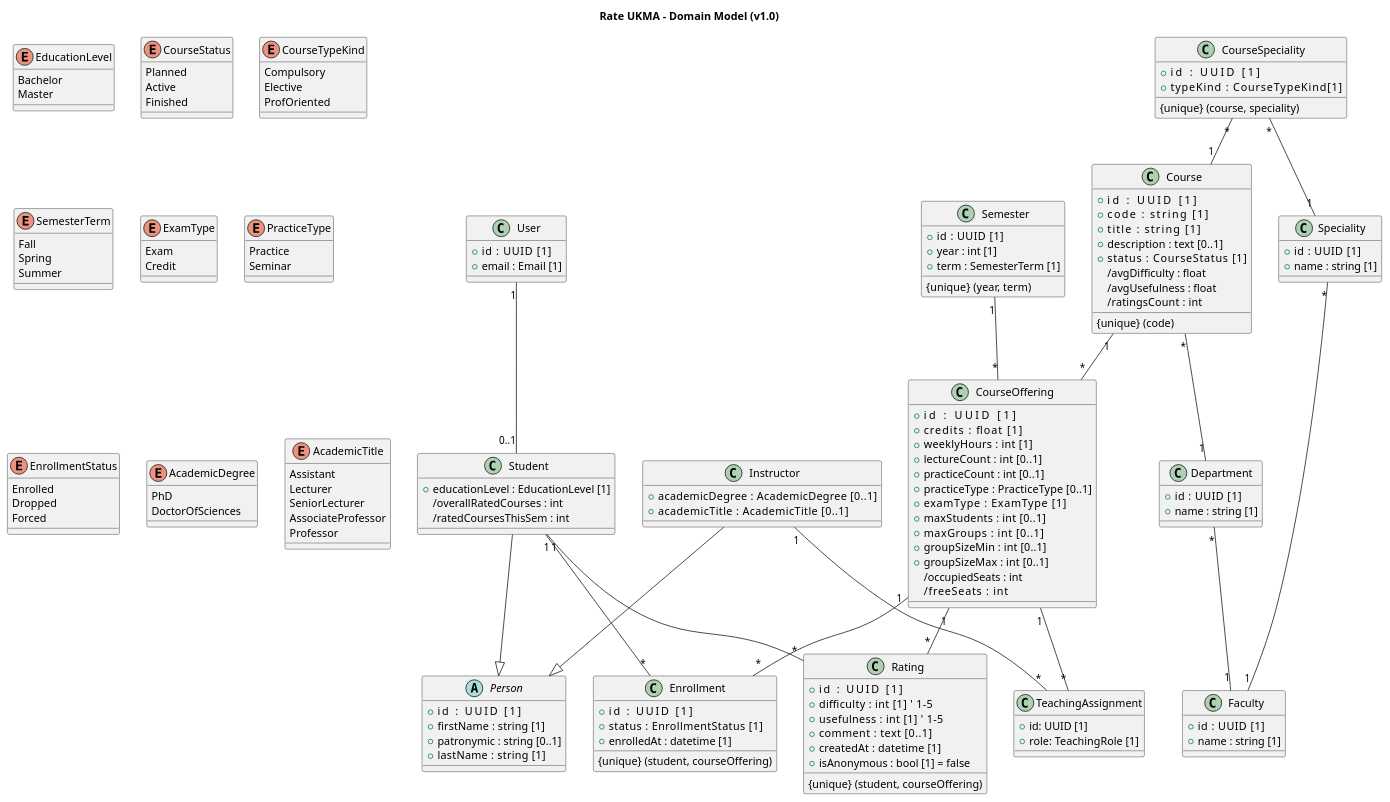
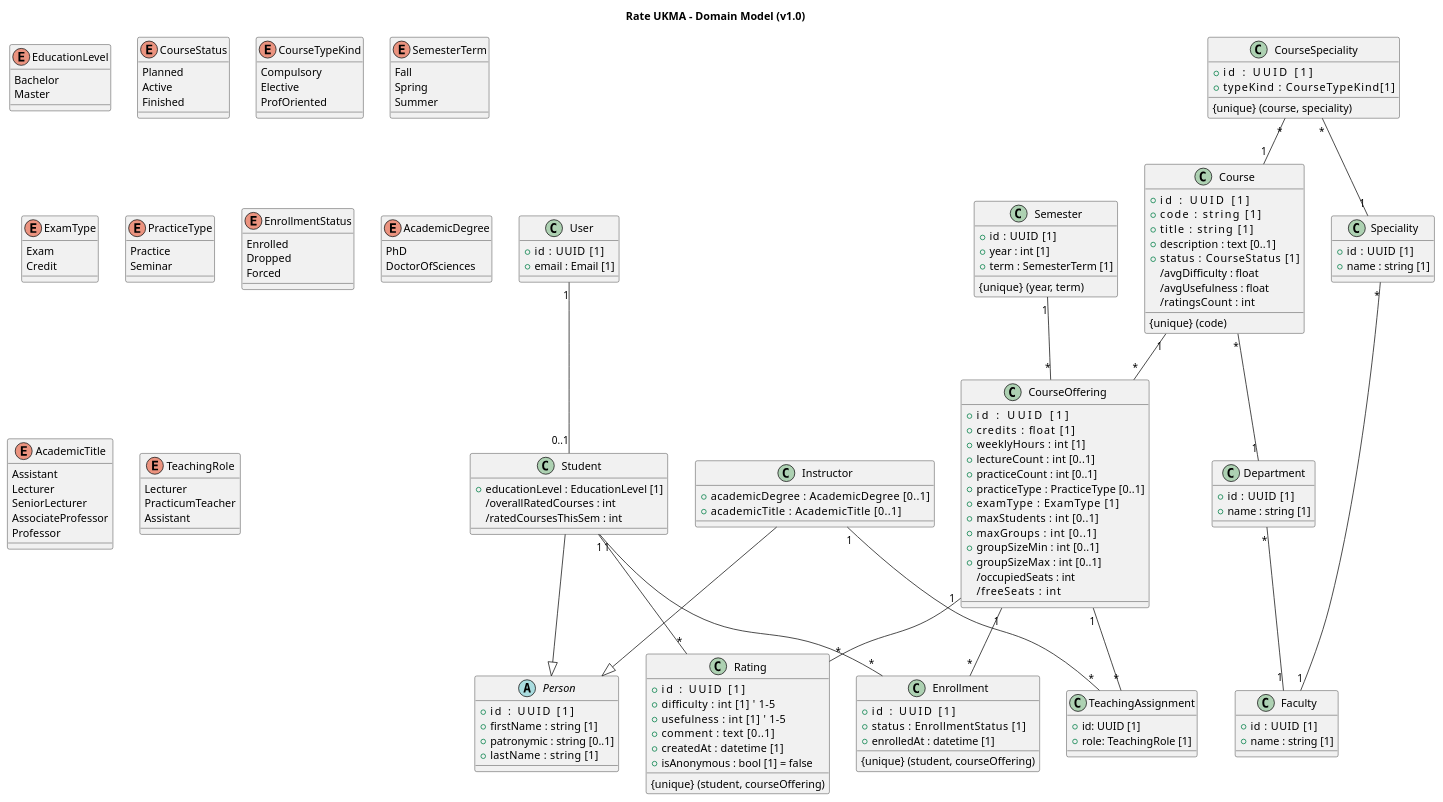
The diagram in docs/architecture/uml/domain-model.puml (ukma-cs-ssdm-2025/rate-ukma), drawn with PlantUML before and after one commit.

Commit message:
docs(#86): add TeachingRole enum

```diff
--- a/docs/architecture/uml/domain-model.puml
+++ b/docs/architecture/uml/domain-model.puml
@@ -1,174 +1,180 @@
 @startuml core-domain-model
 title Rate UKMA – Domain Model (v1.0)
 
 class User {
   +id    : UUID [1]
   +email : Email [1]
 }
 
 abstract class Person {
   +id         : UUID [1]
   +firstName  : string [1]
   +patronymic : string [0..1]
   +lastName   : string [1]
 }
 
 class Student {
   +educationLevel : EducationLevel [1]
   /overallRatedCourses : int
   /ratedCoursesThisSem : int
 }
 User "1" -- "0..1" Student
 Student --|> Person
 
 class Instructor {
   +academicDegree     : AcademicDegree [0..1]
   +academicTitle      : AcademicTitle [0..1]
 }
 Instructor --|> Person
 
 class Faculty {
   +id   : UUID [1]
   +name : string [1]
 }
 
 class Department {
   +id   : UUID [1]
   +name : string [1]
 }
 Department "*" -- "1" Faculty
 
 class Speciality {
   +id   : UUID [1]
   +name : string [1]
 }
 Speciality "*" -- "1" Faculty
 
 class Course {
   +id           : UUID [1]
   +code         : string [1]
   +title        : string [1]
   +description  : text [0..1]
   +status       : CourseStatus [1]
   /avgDifficulty : float
   /avgUsefulness : float
   /ratingsCount  : int
   {unique} (code)
 }
 Course "*" -- "1" Department
 
 class CourseSpeciality {
   +id           : UUID [1]
   +typeKind         : CourseTypeKind[1]
   {unique} (course, speciality)
 }
 CourseSpeciality "*" -- "1" Course
 CourseSpeciality "*" -- "1" Speciality
 
 class Semester {
   +id   : UUID [1]
   +year : int [1]
   +term : SemesterTerm [1]
   {unique} (year, term)
 }
 
 class CourseOffering {
   +id            : UUID [1]
   +credits       : float [1]
   +weeklyHours   : int [1]
   +lectureCount  : int [0..1]
   +practiceCount : int [0..1]
   +practiceType  : PracticeType [0..1]
   +examType      : ExamType [1]
   +maxStudents   : int [0..1]
   +maxGroups     : int [0..1]
   +groupSizeMin  : int [0..1]
   +groupSizeMax  : int [0..1]
   /occupiedSeats : int
   /freeSeats     : int
 }
 Course "1"   -- "*" CourseOffering
 Semester "1" -- "*" CourseOffering
 
 class TeachingAssignment {
   +id: UUID [1]
   +role: TeachingRole [1]
 }
 CourseOffering "1" -- "*" TeachingAssignment
 Instructor "1" -- "*" TeachingAssignment
 
 
 class Enrollment {
   +id         : UUID [1]
   +status     : EnrollmentStatus [1]
   +enrolledAt : datetime [1]
   {unique} (student, courseOffering)
 }
 Student "1"        -- "*" Enrollment
 CourseOffering "1" -- "*" Enrollment
 
 class Rating {
   +id         : UUID [1]
   +difficulty : int [1]    ' 1–5
   +usefulness : int [1]    ' 1–5
   +comment    : text [0..1]
   +createdAt  : datetime [1]
   +isAnonymous : bool [1] = false
   {unique} (student, courseOffering)
 }
 Student "1" -- "*" Rating
 CourseOffering  "1" -- "*" Rating
 
 enum EducationLevel {
   Bachelor
   Master
 }
 
 enum CourseStatus {
   Planned
   Active
   Finished
 }
 
 enum CourseTypeKind {
   Compulsory
   Elective
   ProfOriented
 }
 
 enum SemesterTerm {
   Fall
   Spring
   Summer
 }
 
 enum ExamType {
   Exam
   Credit
 }
 
 enum PracticeType {
   Practice
   Seminar
 }
 
 enum EnrollmentStatus {
   Enrolled
   Dropped
   Forced
 }
 
 enum AcademicDegree {
   PhD
   DoctorOfSciences
 }
 
 enum AcademicTitle {
   Assistant
   Lecturer
   SeniorLecturer
   AssociateProfessor   
   Professor            
 }
 
+enum TeachingRole {
+  Lecturer
+  PracticumTeacher
+  Assistant
+}
+
 @enduml
```
